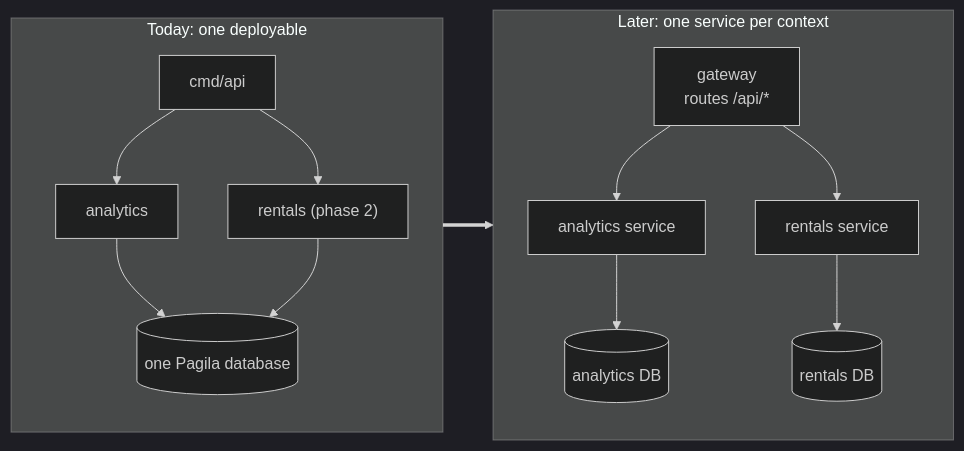
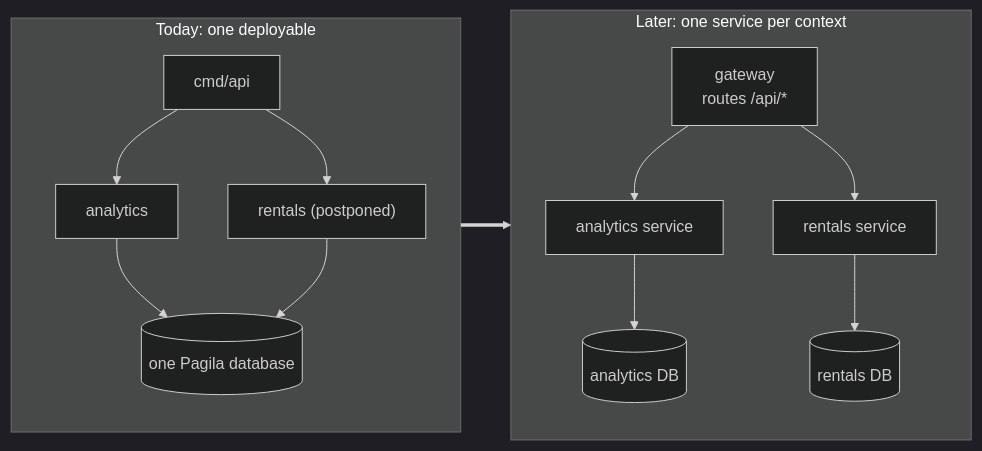
One commit to SangNguyen2810/store-operation changed the sixth of 7 diagrams in README.md. Above: the diagram before and after it, drawn with Mermaid (dark theme). The commit also changed other lines of this file and 1 other file, not shown here.

First line of the commit message:
Plan the gateway and Redis cache as phase 2

````diff
--- a/README.md
+++ b/README.md
@@ -759,18 +759,18 @@
 ```mermaid
 flowchart LR
     subgraph today [Today: one deployable]
         direction TB
         t_api["cmd/api"] --> t_an["analytics"]
-        t_api --> t_re["rentals (phase 2)"]
+        t_api --> t_re["rentals (postponed)"]
         t_an --> t_db[("one Pagila database")]
         t_re --> t_db
     end
     subgraph later [Later: one service per context]
         direction TB
         gw["gateway<br/>routes /api/*"] --> s_an["analytics service"]
         gw --> s_re["rentals service"]
         s_an --> d_an[("analytics DB")]
         s_re --> d_re[("rentals DB")]
     end
     today ==> later
 ```
````
